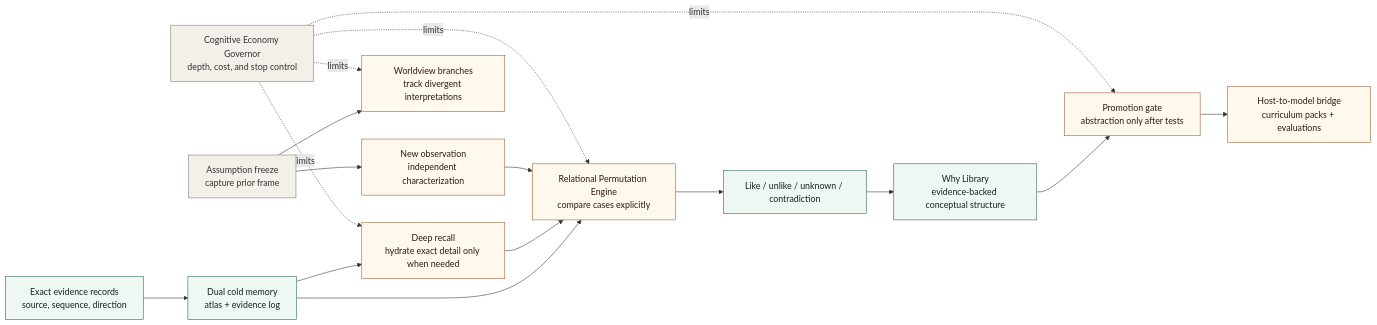
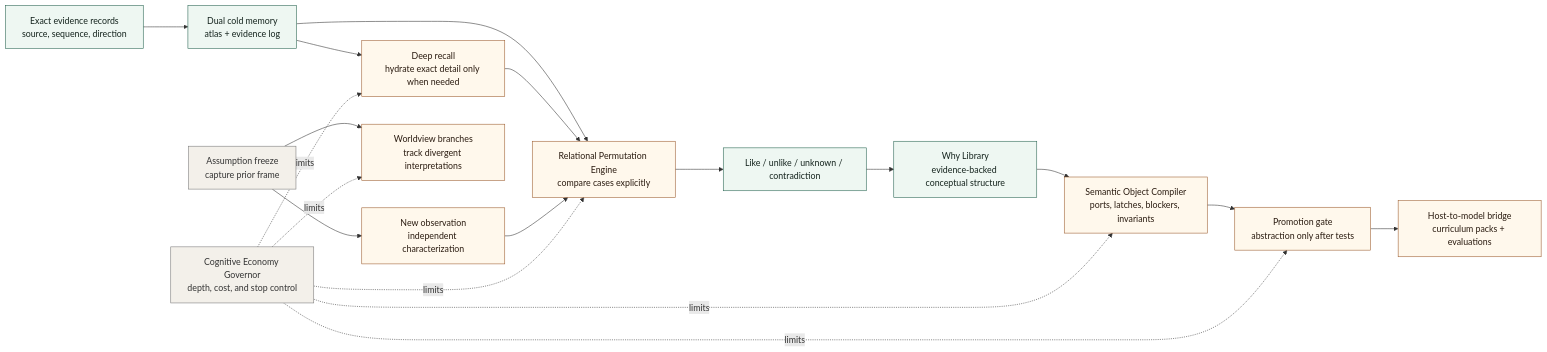
Before and after one commit to instance001/project-leviathan: the diagram in README.md, drawn with Mermaid. The commit also changed other lines of this file and 2 other files, not shown here.

````diff
--- a/README.md
+++ b/README.md
@@ -58,29 +59,31 @@
 ```mermaid
 flowchart LR
     evidence["Exact evidence records<br/>source, sequence, direction"] --> memory["Dual cold memory<br/>atlas + evidence log"]
     memory --> recall["Deep recall<br/>hydrate exact detail only when needed"]
     memory --> rpe["Relational Permutation Engine<br/>compare cases explicitly"]
     recall --> rpe
 
     assumption["Assumption freeze<br/>capture prior frame"] --> interpretation["New observation<br/>independent characterization"]
     interpretation --> rpe
     assumption --> worldview["Worldview branches<br/>track divergent interpretations"]
 
     rpe --> outputs["Like / unlike / unknown / contradiction"]
     outputs --> why["Why Library<br/>evidence-backed conceptual structure"]
-    why --> promotion["Promotion gate<br/>abstraction only after tests"]
+    why --> compiler["Semantic Object Compiler<br/>ports, latches, blockers, invariants"]
+    compiler --> promotion["Promotion gate<br/>abstraction only after tests"]
     promotion --> bridge["Host-to-model bridge<br/>curriculum packs + evaluations"]
 
     governor["Cognitive Economy Governor<br/>depth, cost, and stop control"] -. limits .-> recall
     governor -. limits .-> rpe
     governor -. limits .-> worldview
+    governor -. limits .-> compiler
     governor -. limits .-> promotion
 
     classDef record fill:#eef7f2,stroke:#25624f,color:#14231d;
     classDef process fill:#fff8ec,stroke:#9b5b2e,color:#2a1b10;
     classDef control fill:#f3f0ea,stroke:#777,color:#333;
 
     class evidence,memory,outputs,why record;
-    class recall,rpe,interpretation,worldview,promotion,bridge process;
+    class recall,rpe,interpretation,worldview,compiler,promotion,bridge process;
     class assumption,governor control;
 ```
````
